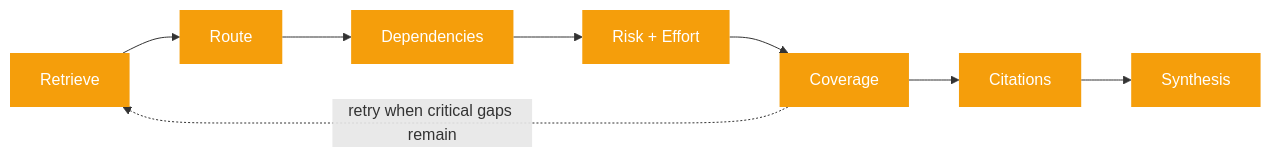
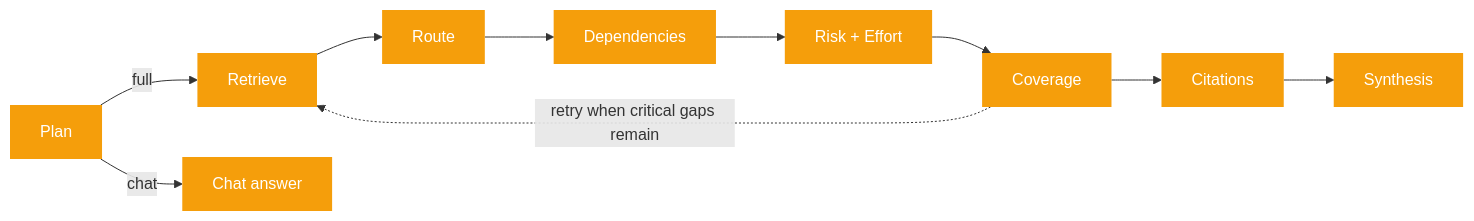
One commit to gurungabit/prism changed the first of 4 diagrams in docs/agents.md. Above: the diagram before and after it, drawn with Mermaid. The commit also changed other lines of this file and 9 other files, not shown here.

````diff
--- a/docs/agents.md
+++ b/docs/agents.md
@@ -7,16 +11,20 @@
 ```mermaid
 flowchart LR
+    P["Plan"]
     R["Retrieve"]
     RT["Route"]
     D["Dependencies"]
     RE["Risk + Effort"]
     C["Coverage"]
     CI["Citations"]
     S["Synthesis"]
+    CH["Chat answer"]
 
+    P -- full --> R
+    P -- chat --> CH
     R --> RT --> D --> RE --> C --> CI --> S
     C -. retry when critical gaps remain .-> R
 
     classDef step fill:#f59e0b,color:#fff,stroke:none;
-    class R,RT,D,RE,C,CI,S step;
+    class P,R,RT,D,RE,C,CI,S,CH step;
 ```
````
